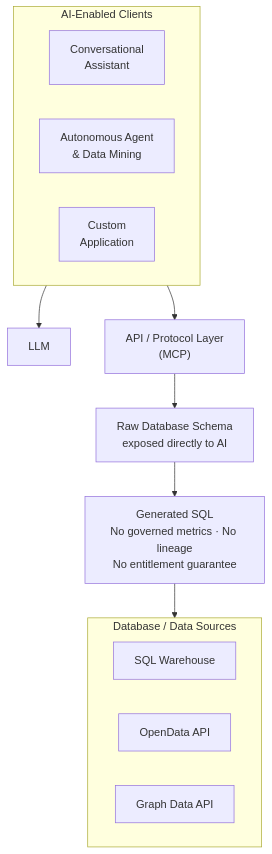
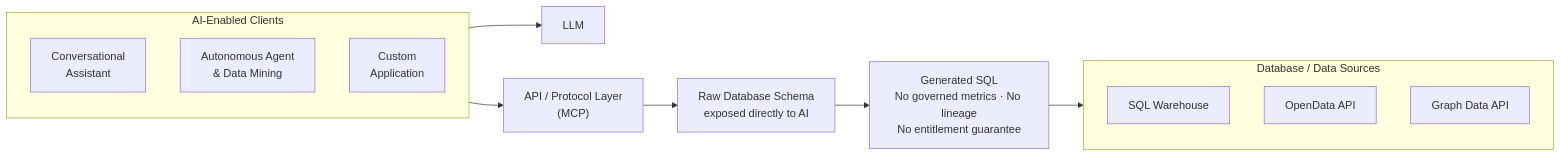
The first of 2 diagrams in docs/product/analytics/00-overview.md (M-A-Operating-System/shared-work), drawn with Mermaid before and after one commit. The commit also changed other lines of this file, not shown here.

First line of the commit message:
docs(analytics): remove HTML table, stack diagrams vertically with LR outer TB inner

````diff
--- a/docs/product/analytics/00-overview.md
+++ b/docs/product/analytics/00-overview.md
@@ -114,24 +112,24 @@
 ```mermaid
-flowchart TB
+flowchart LR
     subgraph clients["AI-Enabled Clients"]
-        direction LR
+        direction TB
         C1["Conversational\nAssistant"]
         C2["Autonomous Agent\n& Data Mining"]
         C3["Custom\nApplication"]
     end
     L["LLM"]
     M["API / Protocol Layer\n(MCP)"]
     T1["Raw Database Schema\nexposed directly to AI"]
     T2["Generated SQL\nNo governed metrics · No lineage\nNo entitlement guarantee"]
     subgraph data["Database / Data Sources"]
-        direction LR
+        direction TB
         D1["SQL Warehouse"]
         D2["OpenData API"]
         D3["Graph Data API"]
     end
     clients --> L
     clients --> M
     M --> T1
     T1 --> T2
     T2 --> data
 ```
````
